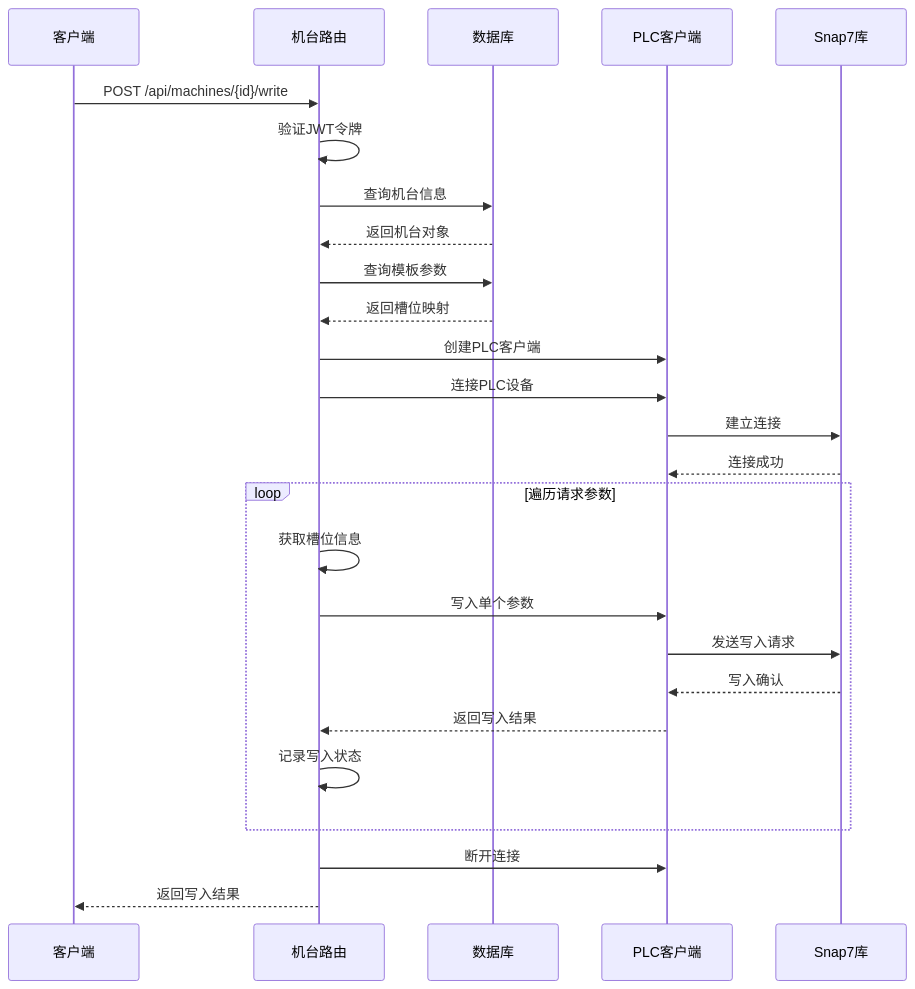
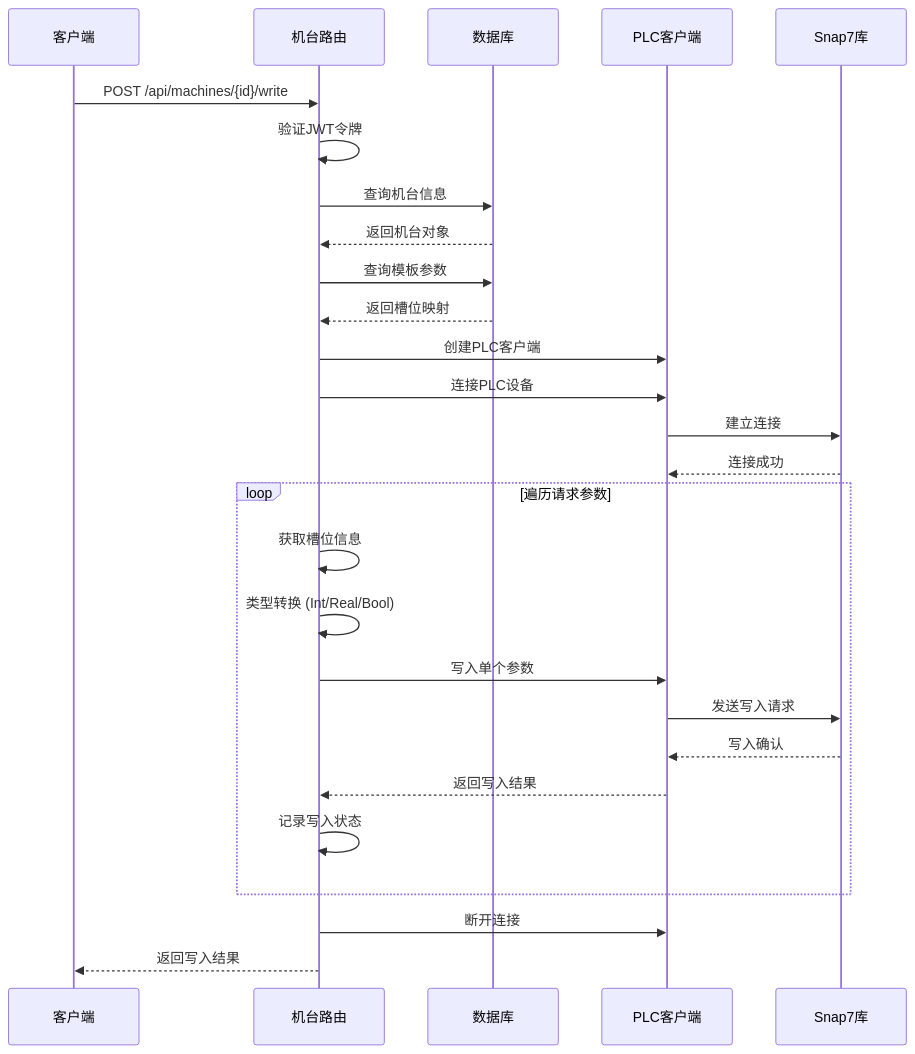
Diagram 12 of 14 in .qoder/repowiki/zh/content/后端开发/API路由模块/机台管理路由.md (pcb0y/plctodb), drawn with Mermaid before and after one commit. The commit also changed other lines of this file and 9 other files, not shown here.

````diff
--- a/.qoder/repowiki/zh/content/后端开发/API路由模块/机台管理路由.md
+++ b/.qoder/repowiki/zh/content/后端开发/API路由模块/机台管理路由.md
@@ -376,28 +416,29 @@
 ```mermaid
 sequenceDiagram
 participant Client as 客户端
 participant Router as 机台路由
 participant DB as 数据库
 participant PLC as PLC客户端
 participant S7 as Snap7库
 Client->>Router : POST /api/machines/{id}/write
 Router->>Router : 验证JWT令牌
 Router->>DB : 查询机台信息
 DB-->>Router : 返回机台对象
 Router->>DB : 查询模板参数
 DB-->>Router : 返回槽位映射
 Router->>PLC : 创建PLC客户端
 Router->>PLC : 连接PLC设备
 PLC->>S7 : 建立连接
 S7-->>PLC : 连接成功
 loop 遍历请求参数
 Router->>Router : 获取槽位信息
+Router->>Router : 类型转换 (Int/Real/Bool)
 Router->>PLC : 写入单个参数
 PLC->>S7 : 发送写入请求
 S7-->>PLC : 写入确认
 PLC-->>Router : 返回写入结果
 Router->>Router : 记录写入状态
 end
 Router->>PLC : 断开连接
 Router-->>Client : 返回写入结果
 ```
````
